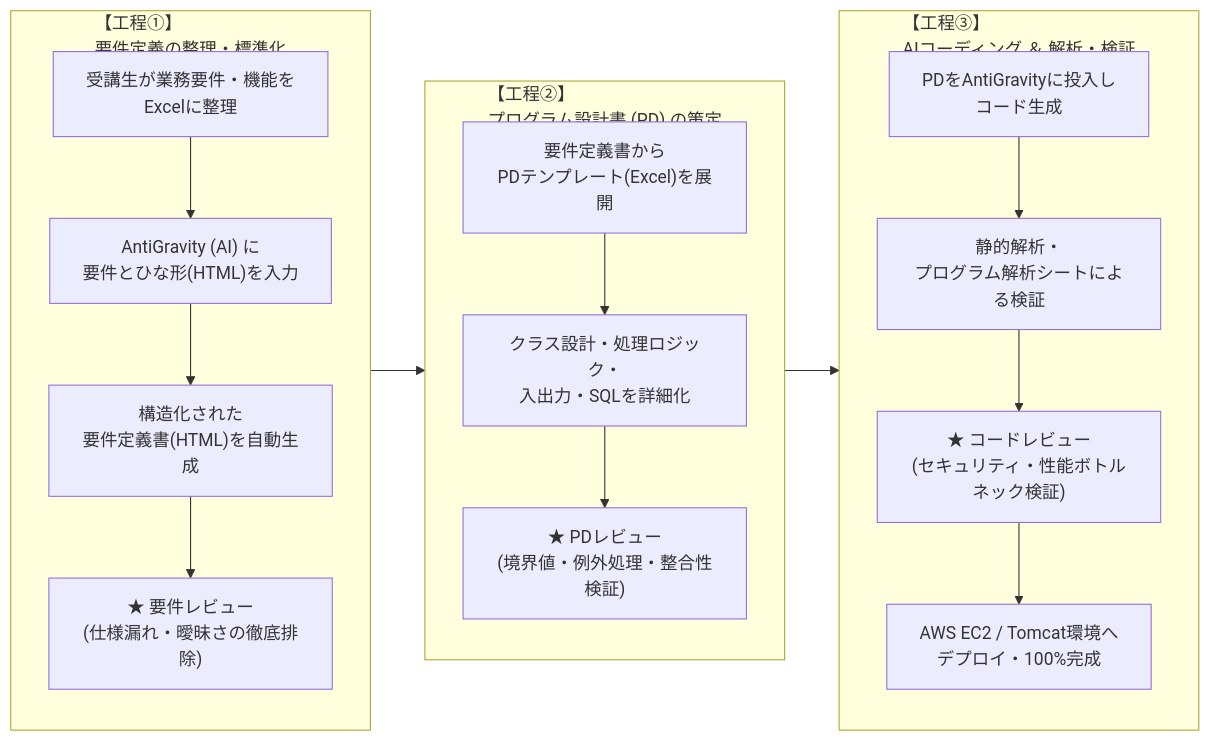
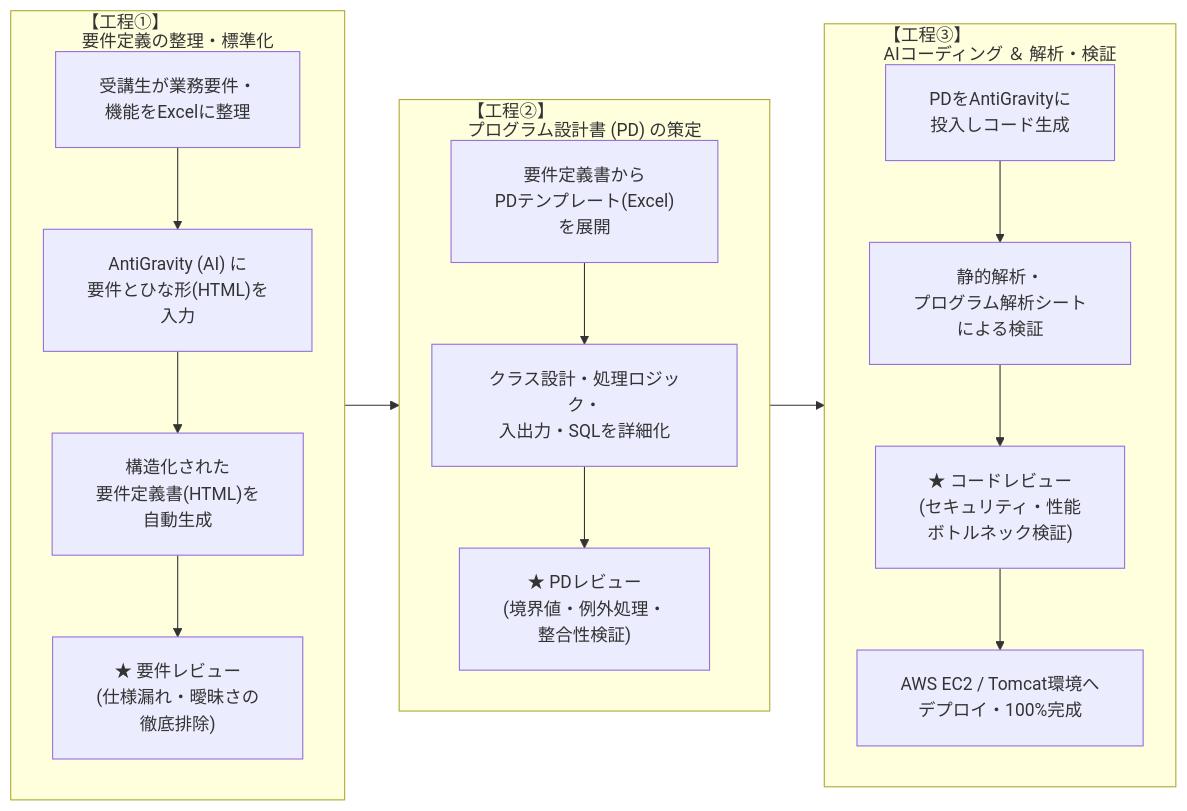
The first of 2 diagrams in README.md (imo96/ai-programming-training-portfolio), drawn with Mermaid before and after one commit.

Commit message:
工程図: SVGテキスト描画に切替え、改行を増やして見切れを解消
Claude-Session: https://claude.ai/code/session_01T4tkNfG4hHDTxVuvhYku9C

````diff
--- a/README.md
+++ b/README.md
@@ -42,24 +42,25 @@
 ```mermaid
+%%{init: {"flowchart": {"htmlLabels": false, "padding": 20, "nodeSpacing": 40, "rankSpacing": 50}}}%%
 flowchart LR
     subgraph Step1["【工程①】<br>要件定義の整理・標準化"]
         direction TB
-        A1["受講生が業務要件・機能を<br>Excelに整理"] --> A2["AntiGravity (AI) に<br>要件とひな形(HTML)を入力"]
-        A2 --> A3["構造化された<br>要件定義書(HTML)を自動生成"]
-        A3 --> A4["★ 要件レビュー<br>(仕様漏れ・曖昧さの徹底排除)"]
+        A1["受講生が業務要件・<br>機能をExcelに整理"] --> A2["AntiGravity (AI) に<br>要件とひな形(HTML)を<br>入力"]
+        A2 --> A3["構造化された<br>要件定義書(HTML)を<br>自動生成"]
+        A3 --> A4["★ 要件レビュー<br>(仕様漏れ・曖昧さの<br>徹底排除)"]
     end
 
     subgraph Step2["【工程②】<br>プログラム設計書 (PD) の策定"]
         direction TB
-        B1["要件定義書から<br>PDテンプレート(Excel)を展開"] --> B2["クラス設計・処理ロジック・<br>入出力・SQLを詳細化"]
-        B2 --> B3["★ PDレビュー<br>(境界値・例外処理・整合性検証)"]
+        B1["要件定義書から<br>PDテンプレート(Excel)<br>を展開"] --> B2["クラス設計・処理ロジック・<br>入出力・SQLを詳細化"]
+        B2 --> B3["★ PDレビュー<br>(境界値・例外処理・<br>整合性検証)"]
     end
 
     subgraph Step3["【工程③】<br>AIコーディング ＆ 解析・検証"]
         direction TB
-        C1["PDをAntiGravityに投入し<br>コード生成"] --> C2["静的解析・<br>プログラム解析シートによる検証"]
-        C2 --> C3["★ コードレビュー<br>(セキュリティ・性能ボトルネック検証)"]
+        C1["PDをAntiGravityに<br>投入しコード生成"] --> C2["静的解析・<br>プログラム解析シート<br>による検証"]
+        C2 --> C3["★ コードレビュー<br>(セキュリティ・性能<br>ボトルネック検証)"]
         C3 --> C4["AWS EC2 / Tomcat環境へ<br>デプロイ・100%完成"]
     end
 
     Step1 --> Step2 --> Step3
 ```
````
